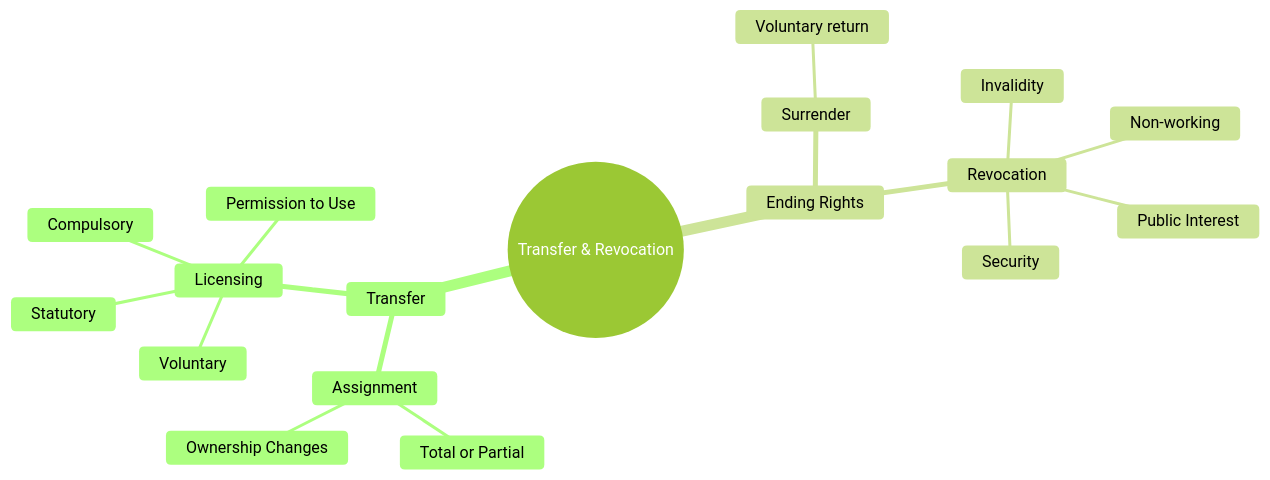
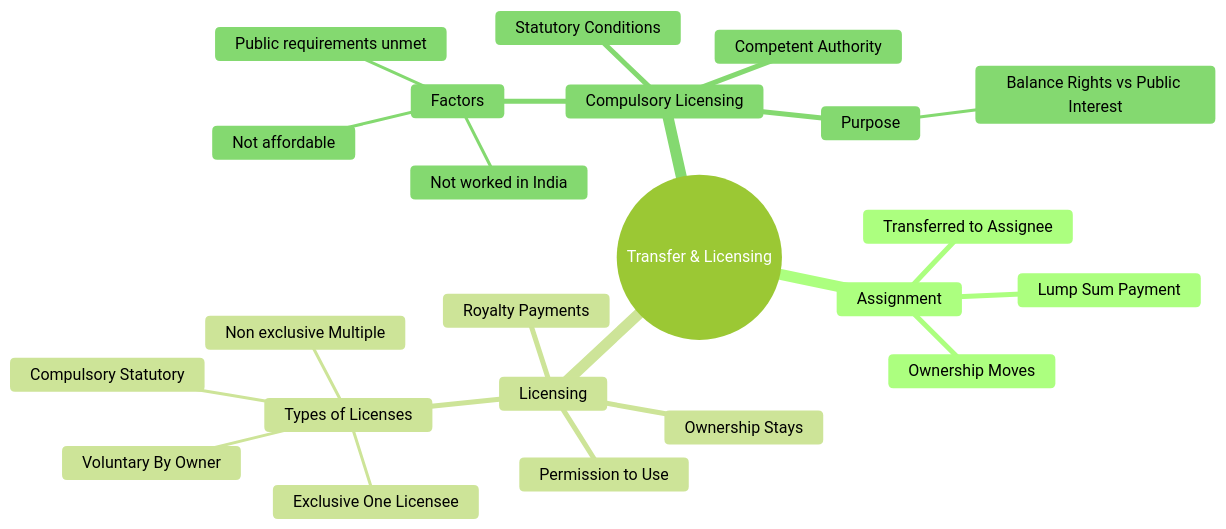
Before and after one commit to Aryns293/IPR: diagram 17 of 18 in 08_Rights_Transfer_Licensing_Surrender_Revocation.md, drawn with Mermaid (forest theme). The commit also changed other lines of this file, not shown here.

Commit message:
Expand mindmap in 08_Rights_Transfer_Licensing_Surrender_Revocation.md into three detailed maps

````diff
--- a/08_Rights_Transfer_Licensing_Surrender_Revocation.md
+++ b/08_Rights_Transfer_Licensing_Surrender_Revocation.md
@@ -652,21 +680,26 @@
 ```mermaid
 mindmap
-  root((Transfer & Revocation))
-    Transfer
-      Assignment
-        Total or Partial
-        Ownership Changes
-      Licensing
-        Voluntary
-        Statutory
-        Compulsory
-        Permission to Use
-    Ending Rights
-      Surrender
-        Voluntary return
-      Revocation
-        Invalidity
-        Non-working
-        Public Interest
-        Security
+  root((Transfer & Licensing))
+    Assignment
+      Ownership Moves
+      Transferred to Assignee
+      Lump Sum Payment
+    Licensing
+      Ownership Stays
+      Permission to Use
+      Royalty Payments
+      Types of Licenses
+        Exclusive One Licensee
+        Non exclusive Multiple
+        Voluntary By Owner
+        Compulsory Statutory
+    Compulsory Licensing
+      Statutory Conditions
+      Competent Authority
+      Factors
+        Public requirements unmet
+        Not affordable
+        Not worked in India
+      Purpose
+        Balance Rights vs Public Interest
 ```
````
